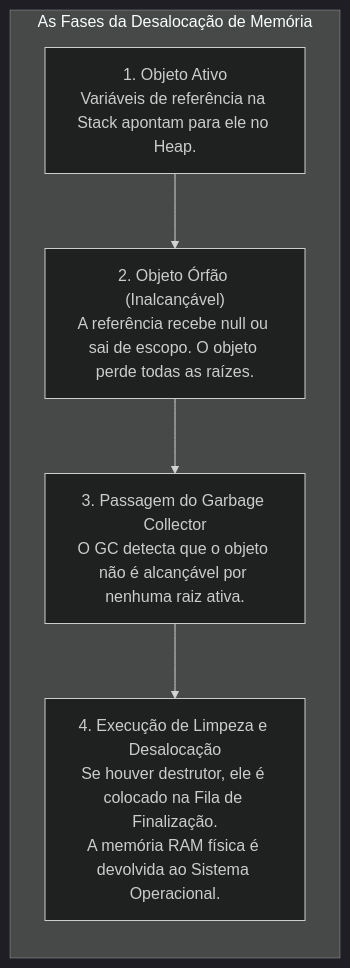
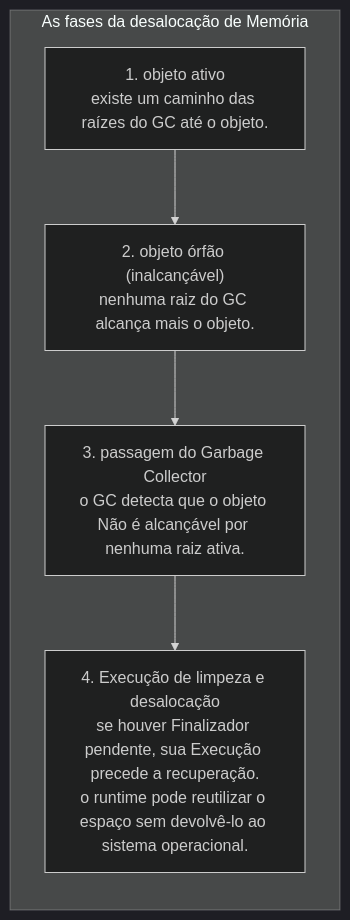
Before and after one commit to leorruas/puc: the first of 7 diagrams in 01. Programacao Modular/10. Destrutores e finalizadores (desalocação de memória e liberação de recursos).md, drawn with Mermaid (dark theme). The commit also changed other lines of this file and 10 other files, not shown here.

````diff
--- a/01. Programacao Modular/10. Destrutores e finalizadores (desalocação de memória e liberação de recursos).md
+++ b/01. Programacao Modular/10. Destrutores e finalizadores (desalocação de memória e liberação de recursos).md
@@ -35,14 +42,14 @@
 ```mermaid
 flowchart TD
-    subgraph CicloMorte ["As Fases da Desalocação de Memória"]
+    subgraph CicloMorte ["As fases da desalocação de Memória"]
         direction TB
-        Ativo["1. Objeto Ativo<br>Variáveis de referência na Stack apontam para ele no Heap."]
-        Orfao["2. Objeto Órfão (Inalcançável)<br>A referência recebe null ou sai de escopo. O objeto perde todas as raízes."]
-        GCVarredura["3. Passagem do Garbage Collector<br>O GC detecta que o objeto não é alcançável por nenhuma raiz ativa."]
-        Limpeza["4. Execução de Limpeza e Desalocação<br>Se houver destrutor, ele é colocado na Fila de Finalização.<br>A memória RAM física é devolvida ao Sistema Operacional."]
+        Ativo["1. objeto ativo<br>existe um caminho das raízes do GC até o objeto."]
+        Orfao["2. objeto órfão (inalcançável)<br>nenhuma raiz do GC alcança mais o objeto."]
+        GCVarredura["3. passagem do Garbage Collector<br>o GC detecta que o objeto Não é alcançável por nenhuma raiz ativa."]
+        Limpeza["4. Execução de limpeza e desalocação<br>se houver Finalizador pendente, sua Execução precede a recuperação.<br>o runtime pode reutilizar o espaço sem devolvê-lo ao sistema operacional."]
 
         Ativo --> Orfao
         Orfao --> GCVarredura
         GCVarredura --> Limpeza
     end
 ```
````
